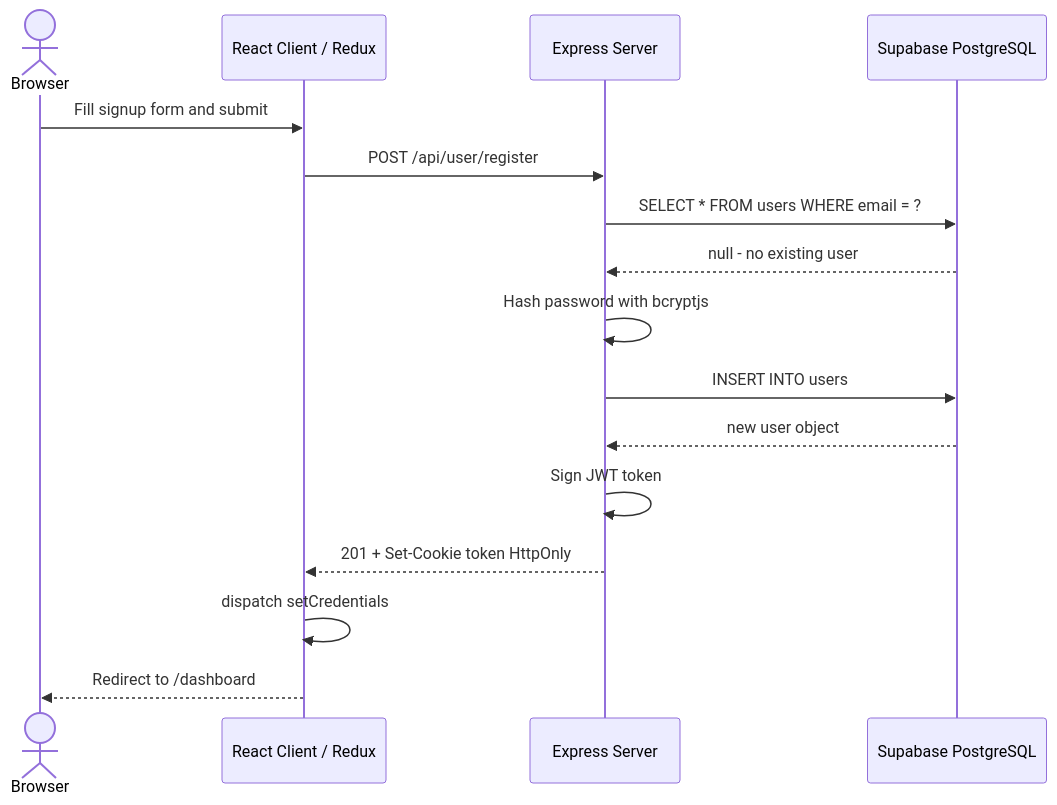
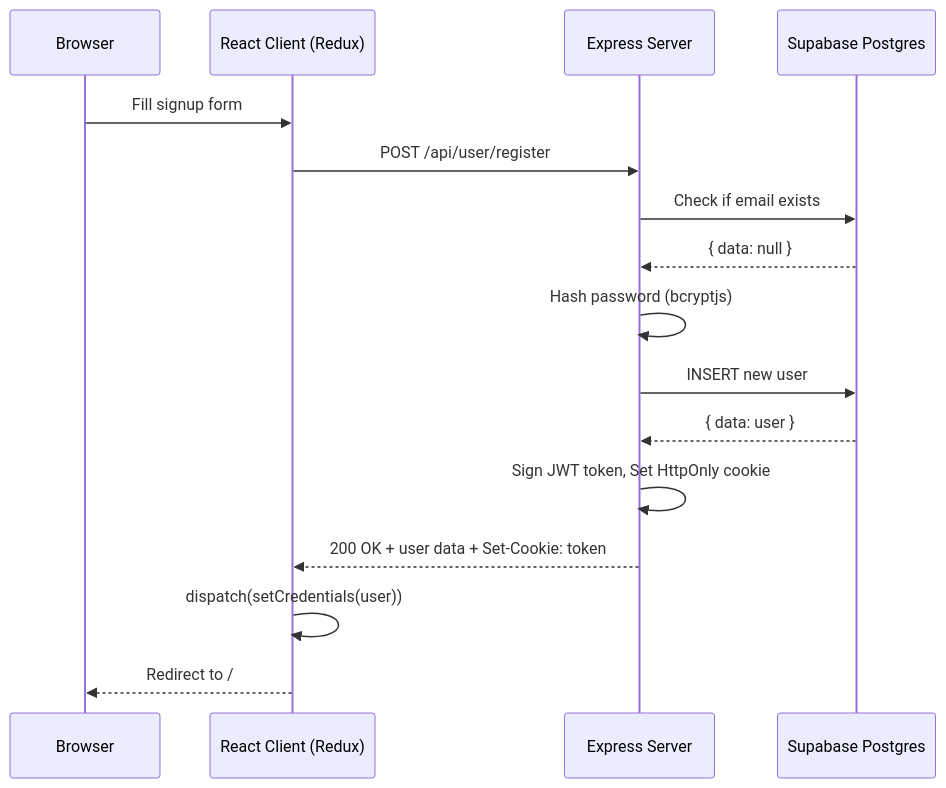
The second of 5 diagrams in README.md (prakharsingh-74/Ethara-AI-Assg), drawn with Mermaid before and after one commit. The commit also changed other lines of this file, not shown here.

Commit message:
docs: update architecture diagrams and sequence flows in README.md

````diff
--- a/README.md
+++ b/README.md
@@ -63,19 +62,19 @@
 ```mermaid
 sequenceDiagram
-    actor User as Browser
-    participant Client as React Client / Redux
+    participant Browser
+    participant Client as React Client (Redux)
     participant Server as Express Server
-    participant DB as Supabase PostgreSQL
+    participant DB as Supabase Postgres
 
-    User->>Client: Fill signup form and submit
+    Browser->>Client: Fill signup form
     Client->>Server: POST /api/user/register
-    Server->>DB: SELECT * FROM users WHERE email = ?
-    DB-->>Server: null - no existing user
-    Server->>Server: Hash password with bcryptjs
-    Server->>DB: INSERT INTO users
-    DB-->>Server: new user object
-    Server->>Server: Sign JWT token
-    Server-->>Client: 201 + Set-Cookie token HttpOnly
-    Client->>Client: dispatch setCredentials
-    Client-->>User: Redirect to /dashboard
+    Server->>DB: Check if email exists
+    DB-->>Server: { data: null }
+    Server->>Server: Hash password (bcryptjs)
+    Server->>DB: INSERT new user
+    DB-->>Server: { data: user }
+    Server->>Server: Sign JWT token, Set HttpOnly cookie
+    Server-->>Client: 200 OK + user data + Set-Cookie: token
+    Client->>Client: dispatch(setCredentials(user))
+    Client-->>Browser: Redirect to /
 ```
````
